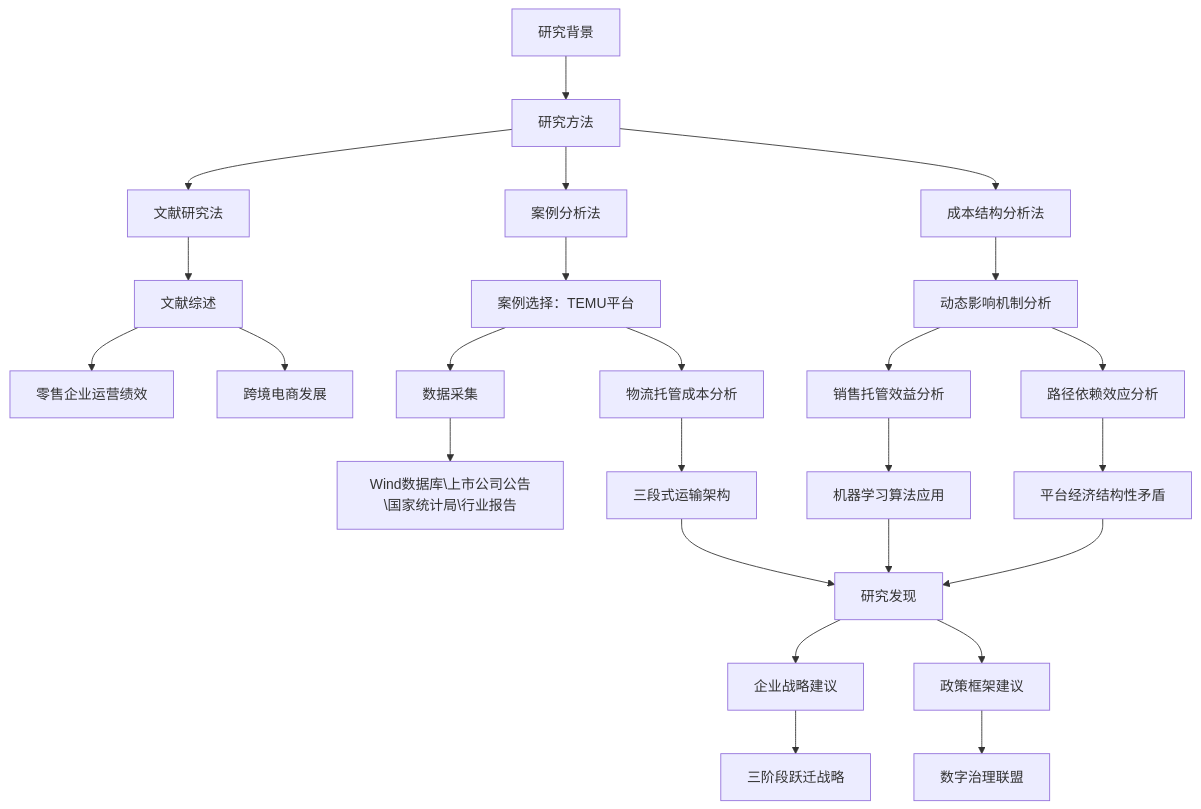
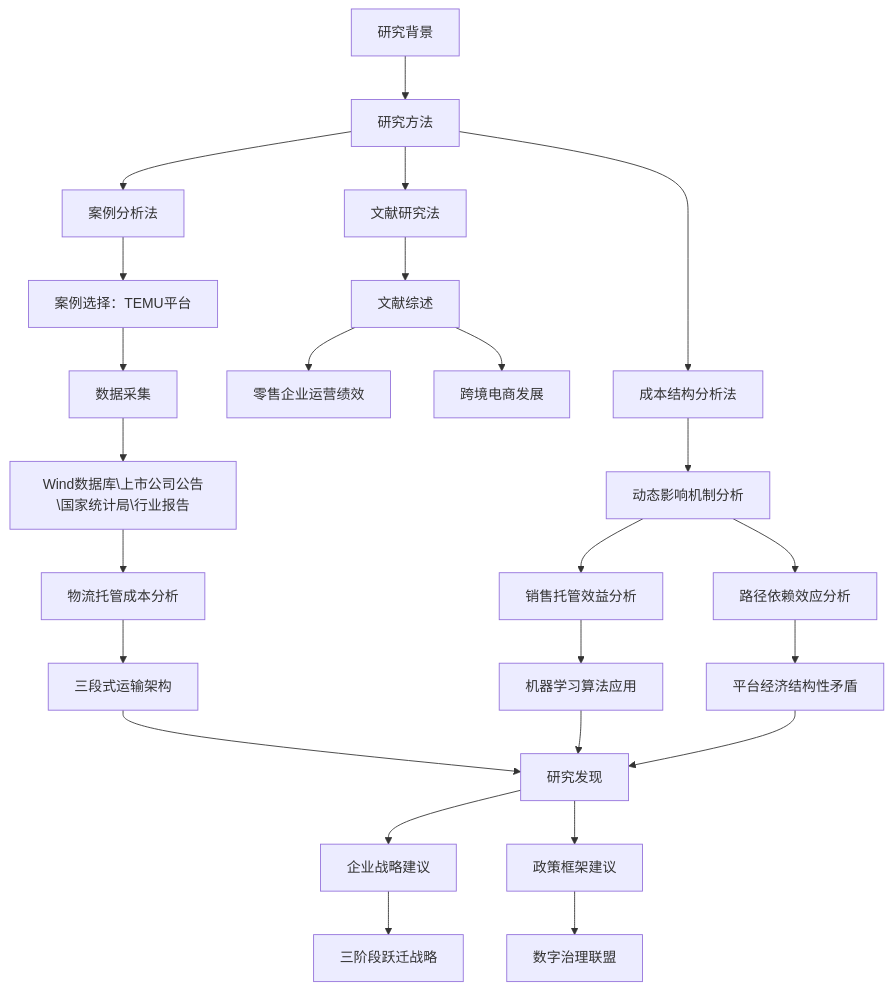
One commit to Zora0203/iodraw-files changed the diagram in all/未命名.md. Above: the diagram before and after it, drawn with Mermaid.

Commit message:
2025-03-02 19:28:18 update

````diff
--- a/all/未命名.md
+++ b/all/未命名.md
@@ -1,37 +1,37 @@
 ```mermaid
 graph TD
     A[研究背景] --> B[研究方法]
     B --> B1[文献研究法]
     B --> B2[案例分析法]
 
     B --> B4[成本结构分析法]
 
     
     B1 --> C[文献综述]
     C --> C1[零售企业运营绩效]
     C --> C2[跨境电商发展]
 
     
     B2 --> D[案例选择：TEMU平台]
     D --> D1[数据采集]
     D1 --> D11[Wind数据库\上市公司公告\国家统计局\行业报告]
 
     
     B4 --> E[动态影响机制分析]
-    D--> E1[物流托管成本分析]
+    D11--> E1[物流托管成本分析]
     E --> E2[销售托管效益分析]
     E --> E3[路径依赖效应分析]
     
     E1 --> F[三段式运输架构]
     E2 --> G[机器学习算法应用]
     E3 --> H[平台经济结构性矛盾]
     
     F & G & H --> I[研究发现]
     I --> J[企业战略建议]
     I --> K[政策框架建议]
     
     J --> J1[三阶段跃迁战略]
     K --> K1[数字治理联盟]
     
 
 ```
````
